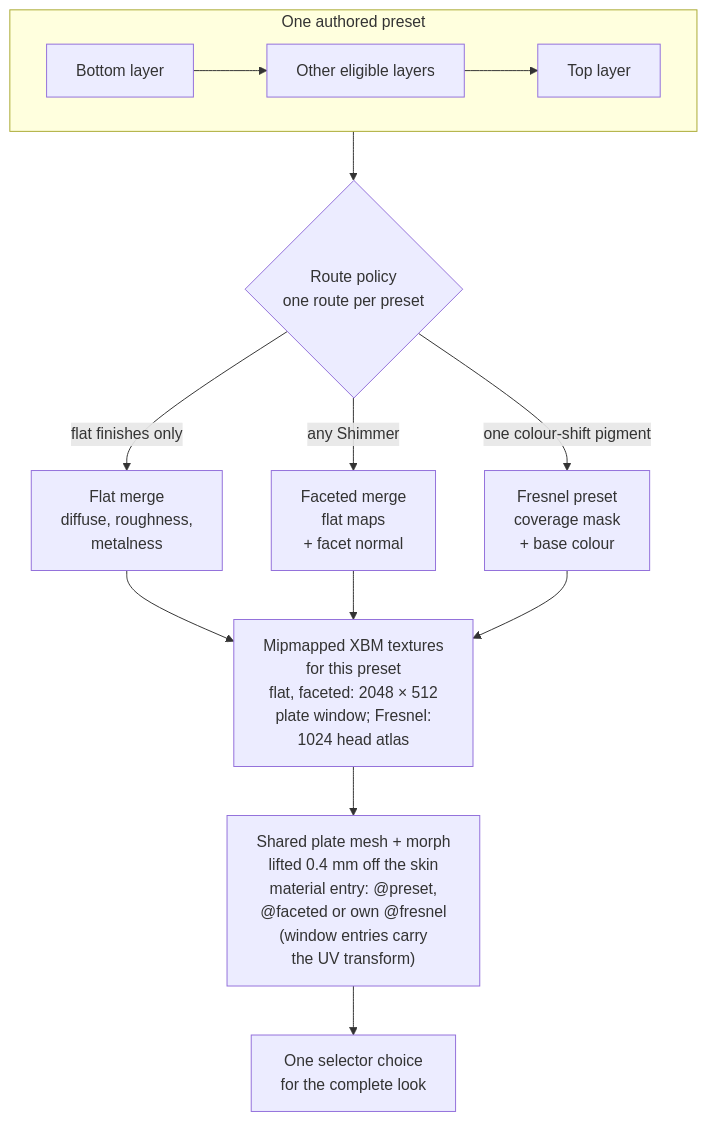
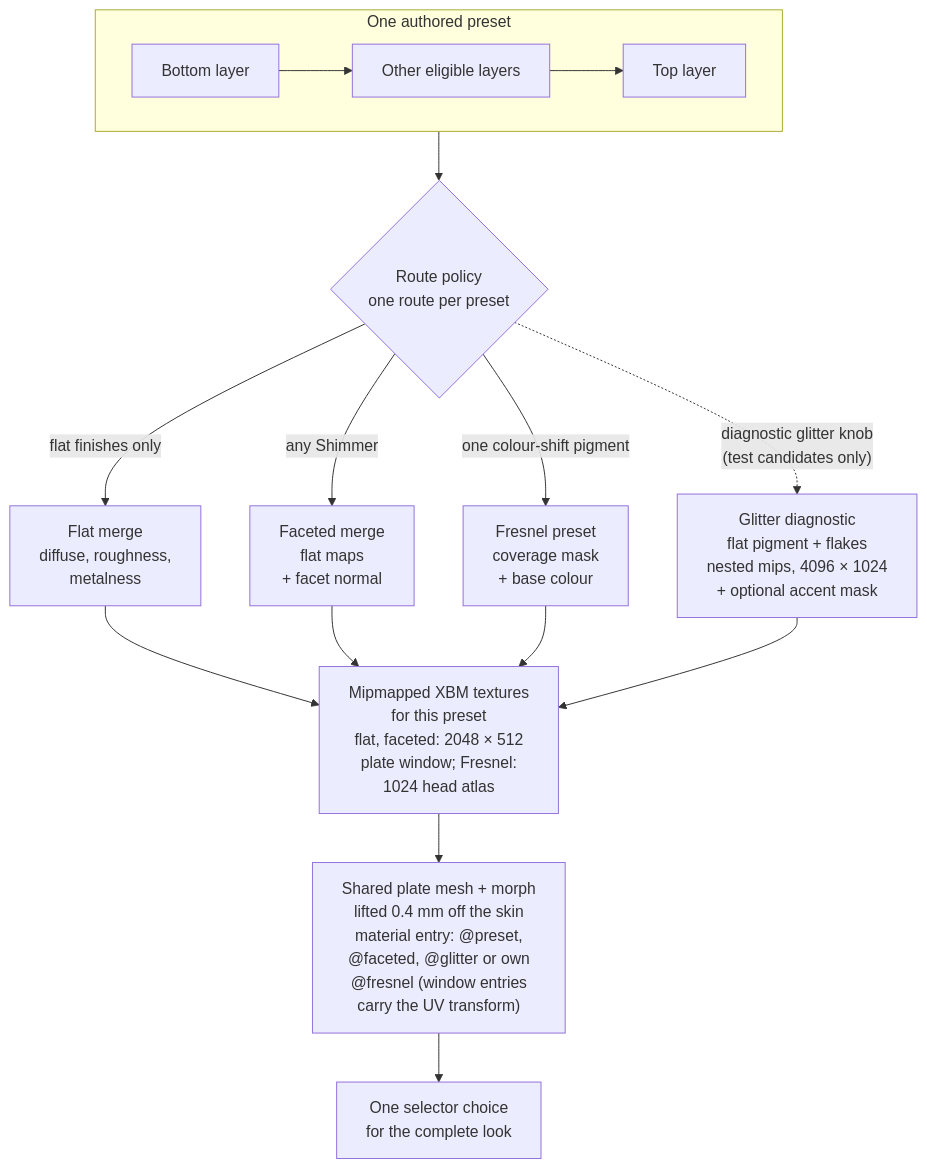
One commit to axefrog/xf-studio changed the third of 3 diagrams in research/authoring/studio-to-mod-pipeline.md. Above: the diagram before and after it, drawn with Mermaid. The commit also changed other lines of this file and 24 other files, not shown here.

````diff
--- a/research/authoring/studio-to-mod-pipeline.md
+++ b/research/authoring/studio-to-mod-pipeline.md
@@ -107,16 +108,18 @@
 ```mermaid
 flowchart TB
   subgraph one["One authored preset"]
     direction LR
     low["Bottom layer"] --> mid["Other eligible layers"] --> top["Top layer"]
   end
   top --> route{"Route policy<br/>one route per preset"}
   route -- "flat finishes only" --> flat["Flat merge<br/>diffuse, roughness,<br/>metalness"]
   route -- "any Shimmer" --> faceted["Faceted merge<br/>flat maps<br/>+ facet normal"]
   route -- "one colour-shift pigment" --> fresnel["Fresnel preset<br/>coverage mask<br/>+ base colour"]
+  route -. "diagnostic glitter knob<br/>(test candidates only)" .-> glitter["Glitter diagnostic<br/>flat pigment + flakes<br/>nested mips, 4096 × 1024<br/>+ optional accent mask"]
   flat --> maps["Mipmapped XBM textures<br/>for this preset<br/>flat, faceted: 2048 × 512<br/>plate window; Fresnel:<br/>1024 head atlas"]
   faceted --> maps
   fresnel --> maps
-  maps --> shared["Shared plate mesh + morph<br/>lifted 0.4 mm off the skin<br/>material entry: @preset,<br/>@faceted or own @fresnel<br/>(window entries carry<br/>the UV transform)"]
+  glitter --> maps
+  maps --> shared["Shared plate mesh + morph<br/>lifted 0.4 mm off the skin<br/>material entry: @preset,<br/>@faceted, @glitter or own<br/>@fresnel (window entries<br/>carry the UV transform)"]
   shared --> choice["One selector choice<br/>for the complete look"]
 ```
````
